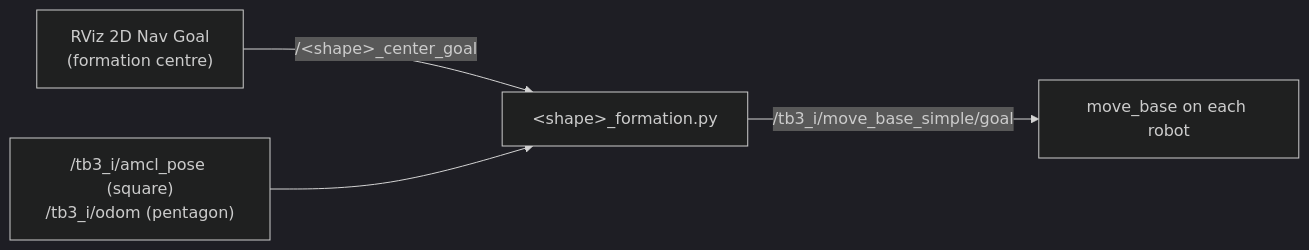
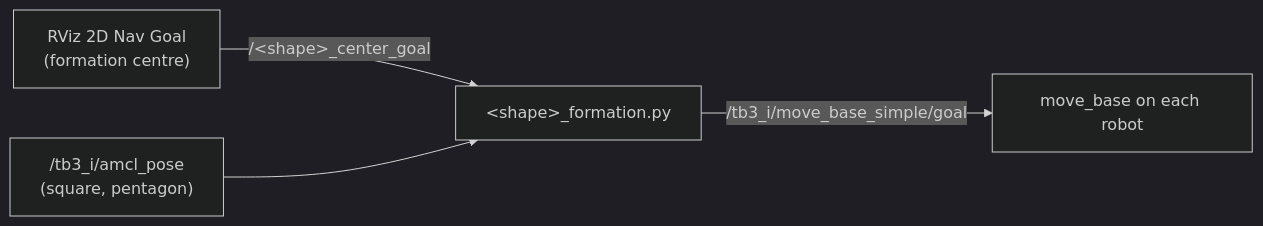
One commit to adithya2204/multi_robot_formation changed the diagram in README.md. Above: the diagram before and after it, drawn with Mermaid (dark theme). The commit also changed other lines of this file, not shown here.

````diff
--- a/README.md
+++ b/README.md
@@ -17,6 +17,6 @@
 ```mermaid
 flowchart LR
     rviz["RViz 2D Nav Goal<br/>(formation centre)"] -->|"/&lt;shape&gt;_center_goal"| node["&lt;shape&gt;_formation.py"]
     node -->|"/tb3_i/move_base_simple/goal"| mb["move_base on each robot"]
-    pose["/tb3_i/amcl_pose (square)<br/>/tb3_i/odom (pentagon)"] --> node
+    pose["/tb3_i/amcl_pose<br/>(square, pentagon)"] --> node
 ```
````
